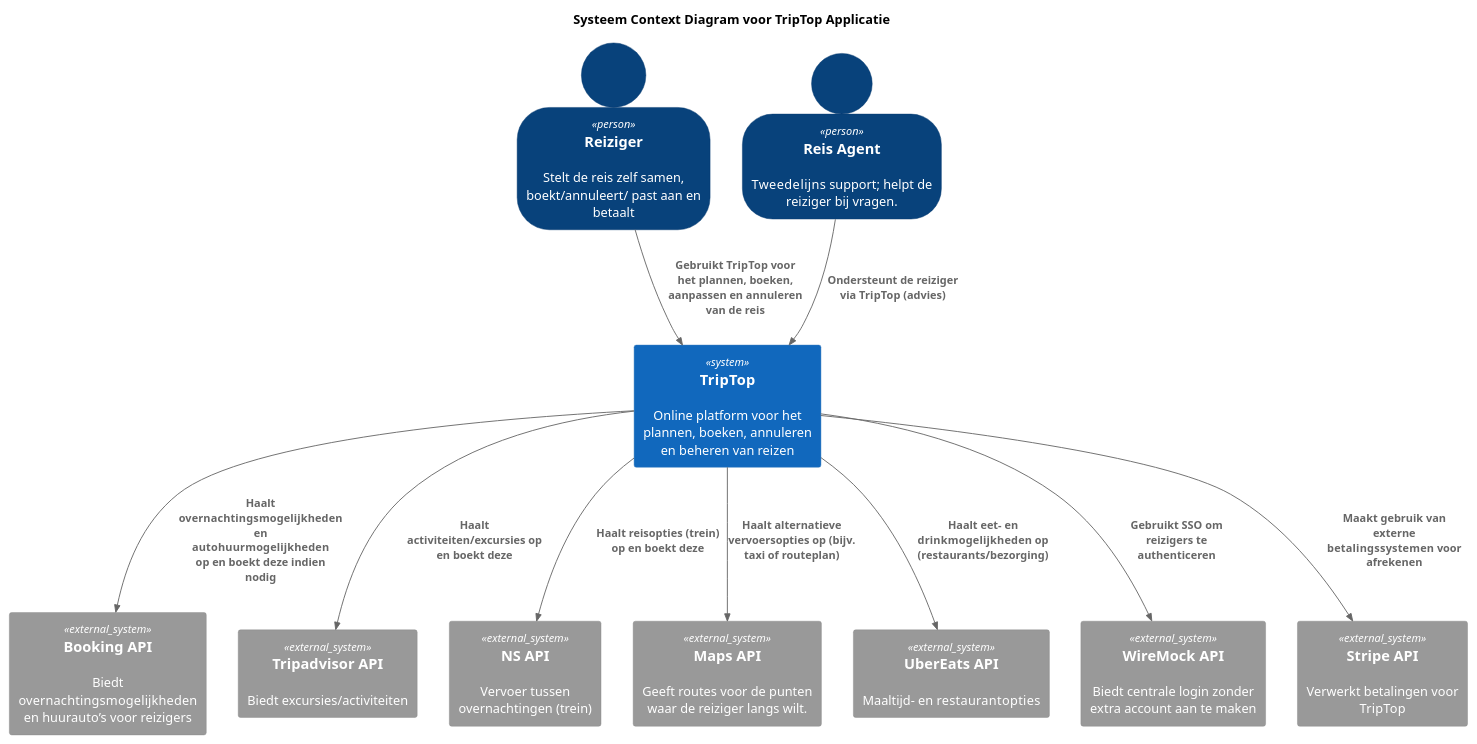
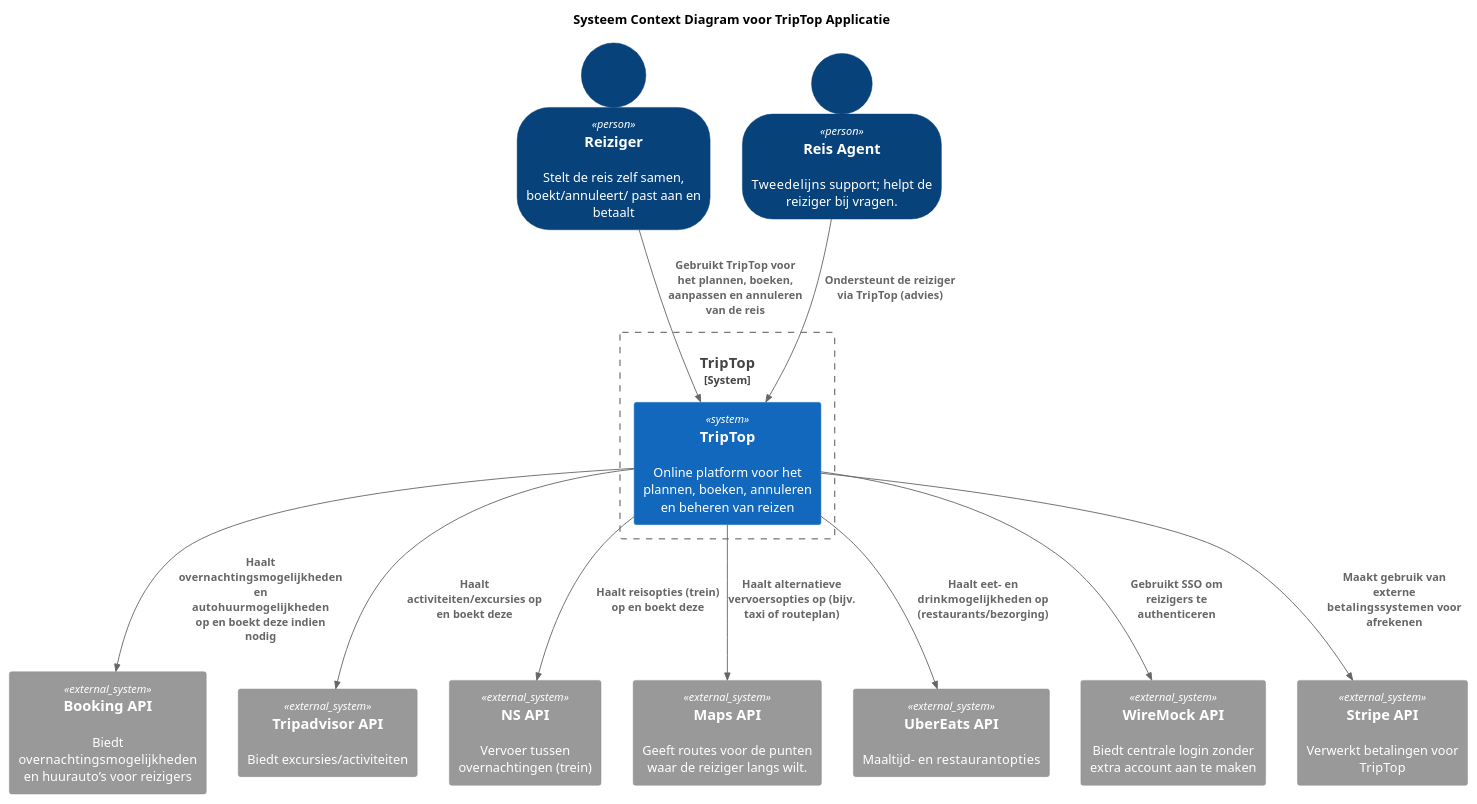
Before and after one commit to AIM-ENE-feb25/triptop-asas: the diagram in software-guidebook/context-diagram.puml, drawn with PlantUML. The commit also changed 1 other file, not shown here.

```diff
--- a/software-guidebook/context-diagram.puml
+++ b/software-guidebook/context-diagram.puml
@@ -1,30 +1,30 @@
 @startuml
 !include https://raw.githubusercontent.com/plantuml-stdlib/C4-PlantUML/master/C4_Context.puml
 title Systeem Context Diagram voor TripTop Applicatie
 SHOW_PERSON_OUTLINE()
 Person(reiziger, "Reiziger", "Stelt de reis zelf samen, boekt/annuleert/ past aan en betaalt")
 Person(ondersteuner, "Reis Agent", "Tweede­lijns support; helpt de reiziger bij vragen.")
-
-System(triptop, "TripTop", "Online platform voor het plannen, boeken, annuleren en beheren van reizen")
-
+System_Boundary("TripTop","TripTop"){
+    System(triptop, "TripTop", "Online platform voor het plannen, boeken, annuleren en beheren van reizen")
+}
 System_Ext(booking, "Booking API", "Biedt overnachtings­mogelijkheden en huurauto’s voor reizigers")
 System_Ext(activiteiten, "Tripadvisor API", "Biedt excursies/activiteiten")
 System_Ext(vervoer1, "NS API", "Vervoer tussen overnachtingen (trein)")
 System_Ext(vervoer2, "Maps API", "Geeft routes voor de punten waar de reiziger langs wilt.")
 System_Ext(eten, "UberEats API", "Maaltijd- en restaurant­opties")
 
 System_Ext(identity, "WireMock API", "Biedt centrale login zonder extra account aan te maken")
 System_Ext(payment, "Stripe API", "Verwerkt betalingen voor TripTop")
 
 Rel(reiziger, triptop, "Gebruikt TripTop voor het plannen, boeken, aanpassen en annuleren van de reis")
 Rel(ondersteuner, triptop, "Ondersteunt de reiziger via TripTop (advies)")
 Rel(triptop, booking, "Haalt overnachtings­mogelijkheden en autohuur­mogelijkheden op en boekt deze indien nodig")
 Rel(triptop, activiteiten, "Haalt activiteiten/excursies op en boekt deze")
 Rel(triptop, vervoer1, "Haalt reisopties (trein) op en boekt deze")
 Rel(triptop, vervoer2, "Haalt alternatieve vervoersopties op (bijv. taxi of routeplan)")
 Rel(triptop, eten, "Haalt eet- en drink­mogelijkheden op (restaurants/bezorging)")
 
 Rel(triptop, identity, "Gebruikt SSO om reizigers te authenticeren")
 Rel(triptop, payment, "Maakt gebruik van externe betalings­systemen voor afrekenen")
 
 @enduml
```
